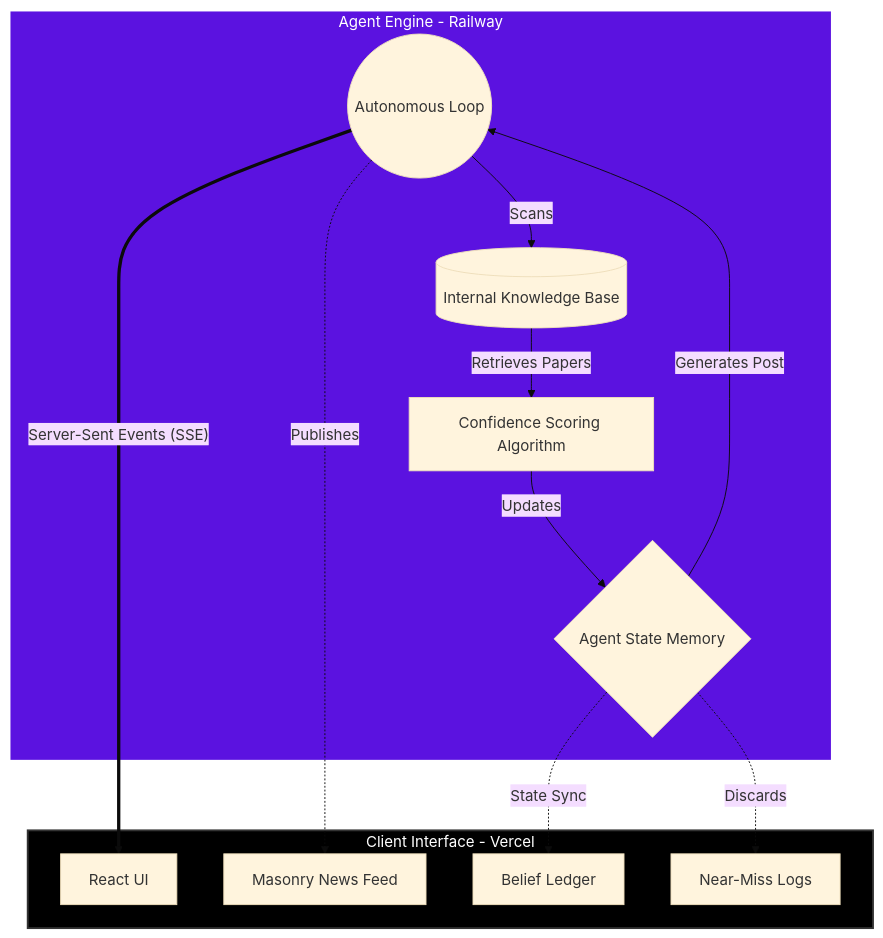
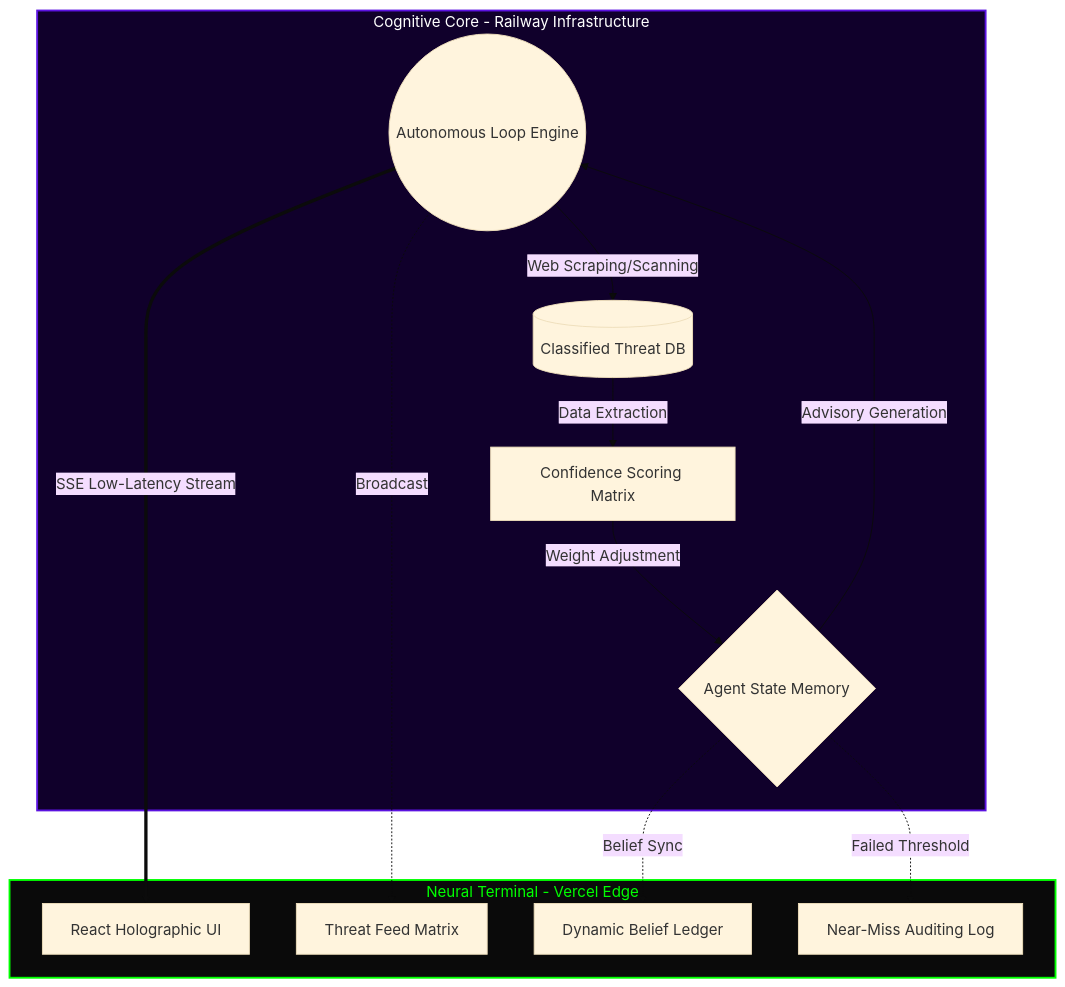
Before and after one commit to anushkagupta200615-jpg/ada-autonomous-agent: the diagram in README.md, drawn with Mermaid (base theme). The commit also changed other lines of this file and 1 other file, not shown here.

````diff
--- a/README.md
+++ b/README.md
@@ -47,34 +45,34 @@
 ```mermaid
 graph TD
-    subgraph Frontend [Client Interface - Vercel]
-        UI[React UI]
-        Feed[Masonry News Feed]
-        Beliefs[Belief Ledger]
-        Logs[Near-Miss Logs]
+    subgraph Client_Matrix [Neural Terminal - Vercel Edge]
+        UI[React Holographic UI]
+        Feed[Threat Feed Matrix]
+        Beliefs[Dynamic Belief Ledger]
+        Logs[Near-Miss Auditing Log]
     end
 
-    subgraph Backend [Agent Engine - Railway]
-        Engine((Autonomous Loop))
-        KB[(Internal Knowledge Base)]
+    subgraph Server_Matrix [Cognitive Core - Railway Infrastructure]
+        Engine((Autonomous Loop Engine))
+        KB[(Classified Threat DB)]
         State{Agent State Memory}
-        Scoring[Confidence Scoring Algorithm]
+        Scoring[Confidence Scoring Matrix]
     end
 
-    %% Flow logic
-    Engine -->|Scans| KB
-    KB -->|Retrieves Papers| Scoring
-    Scoring -->|Updates| State
-    State -->|Generates Post| Engine
+    %% Internal Cognitive Flow
+    Engine -->|Web Scraping/Scanning| KB
+    KB -->|Data Extraction| Scoring
+    Scoring -->|Weight Adjustment| State
+    State -->|Advisory Generation| Engine
     
-    %% SSE connections
-    Engine == "Server-Sent Events (SSE)" ==> UI
-    State -. "State Sync" .-> Beliefs
-    State -. "Discards" .-> Logs
-    Engine -. "Publishes" .-> Feed
+    %% Real-time Telemetry
+    Engine == "SSE Low-Latency Stream" ==> UI
+    State -. "Belief Sync" .-> Beliefs
+    State -. "Failed Threshold" .-> Logs
+    Engine -. "Broadcast" .-> Feed
 
-    classDef client fill:#000000,stroke:#333,stroke-width:2px,color:#fff
-    classDef server fill:#5B12E0,stroke:#fff,stroke-width:2px,color:#fff
+    classDef terminal fill:#0a0a0a,stroke:#00ff00,stroke-width:2px,color:#00ff00
+    classDef core fill:#10002b,stroke:#5b12e0,stroke-width:2px,color:#fff
     
-    class Frontend client
-    class Backend server
+    class Client_Matrix terminal
+    class Server_Matrix core
 ```
````
